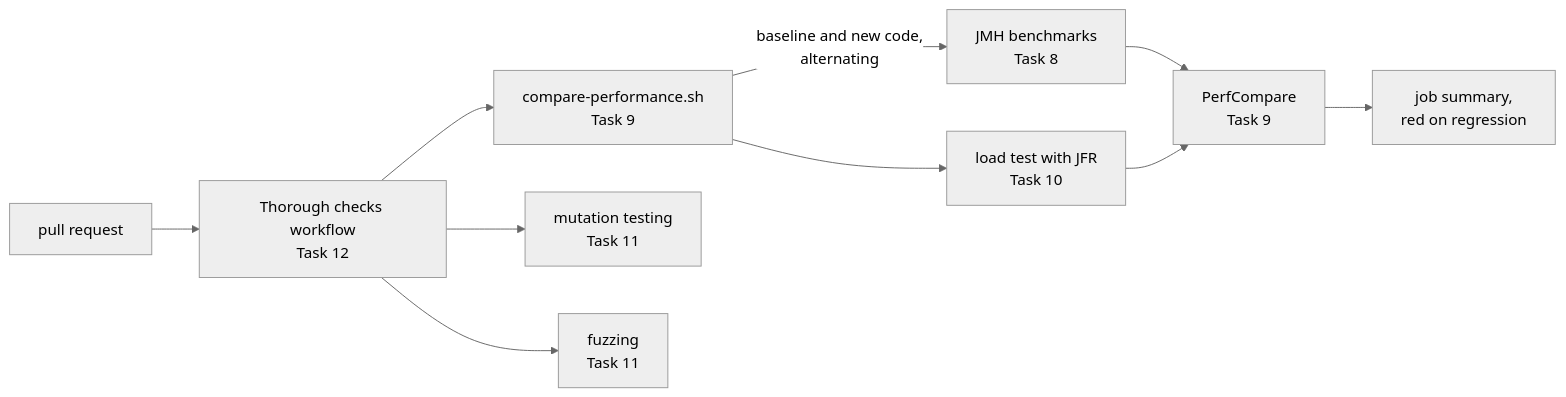
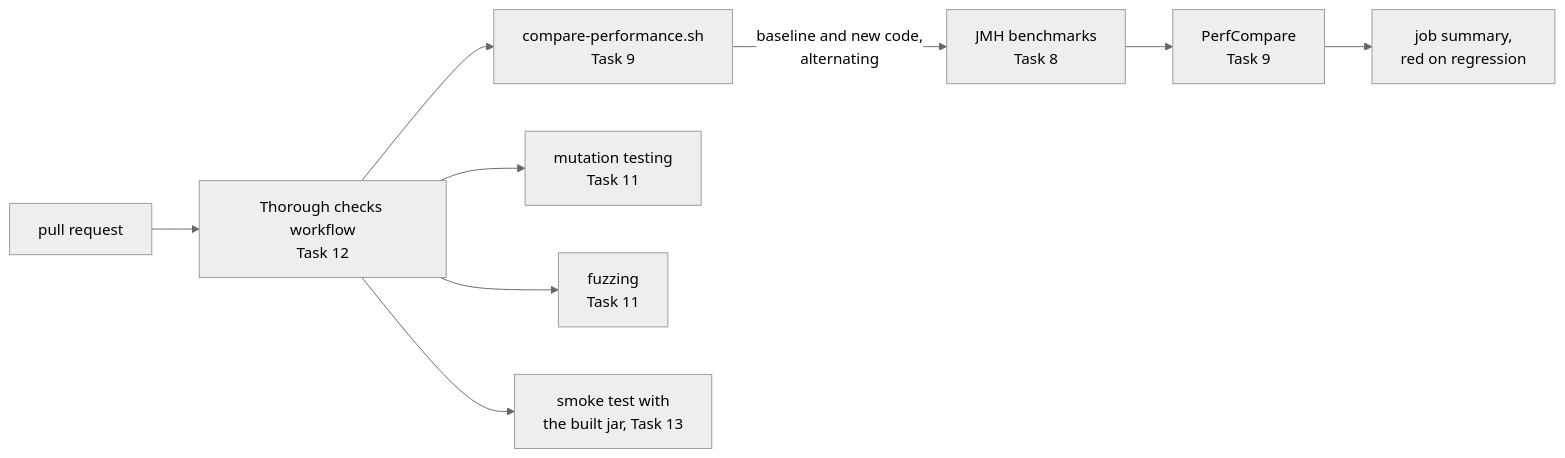
The second of 10 diagrams in design/plans/v0.2-protocol.md (4Source/scoreline-minecraft-mod), drawn with Mermaid (neutral theme) before and after one commit. The commit also changed other lines of this file, not shown here.

````diff
--- a/design/plans/v0.2-protocol.md
+++ b/design/plans/v0.2-protocol.md
@@ -51,12 +53,11 @@
 ```mermaid
 flowchart LR
     PR[pull request] --> TC[Thorough checks workflow<br/>Task 12]
     TC --> CMP[compare-performance.sh<br/>Task 9]
     CMP -->|baseline and new code,<br/>alternating| JMH[JMH benchmarks<br/>Task 8]
-    CMP --> LOAD[load test with JFR<br/>Task 10]
     JMH --> PC[PerfCompare<br/>Task 9]
-    LOAD --> PC
     PC --> SUM[job summary,<br/>red on regression]
     TC --> PIT[mutation testing<br/>Task 11]
     TC --> FUZZ[fuzzing<br/>Task 11]
+    TC --> SMOKE[smoke test with<br/>the built jar, Task 13]
 ```
````
